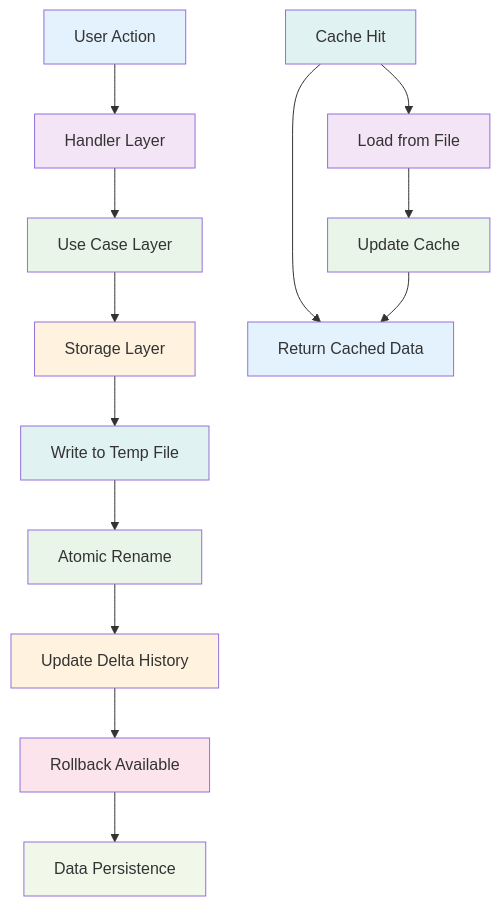
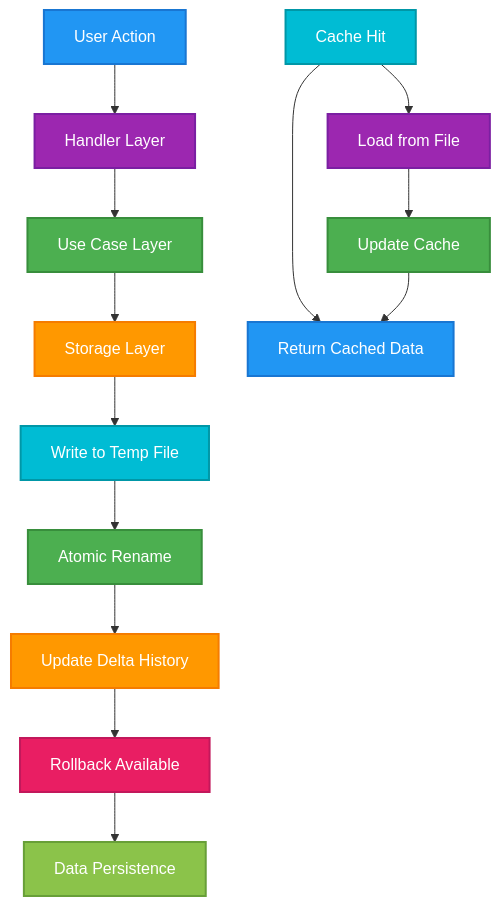
One commit to eannchen/leetsolv changed the second of 8 diagrams in README.md. Above: the diagram before and after it, drawn with Mermaid. The commit also changed other lines of this file, not shown here.

Commit message:
docs: update README.md to improve flowchart styles with new color schemes for better visual clarity and consistency across sections

````diff
--- a/README.md
+++ b/README.md
@@ -115,30 +115,30 @@
 ```mermaid
 graph TD
     A["User Action"] --> B["Handler Layer"]
     B --> C["Use Case Layer"]
     C --> D["Storage Layer"]
     D --> G["Write to Temp File"]
     G --> H["Atomic Rename"]
     H --> I["Update Delta History"]
     I --> J["Rollback Available"]
     J --> K["Data Persistence"]
 
 
     L["Cache Hit"] --> M["Return Cached Data"] & N["Load from File"]
     N --> O["Update Cache"]
     O --> M
 
-    style A fill:#e3f2fd
-    style B fill:#f3e5f5
-    style C fill:#e8f5e8
-    style D fill:#fff3e0
-    style G fill:#e0f2f1
-    style H fill:#e8f5e8
-    style I fill:#fff3e0
-    style J fill:#fce4ec
-    style K fill:#f1f8e9
-    style L fill:#e0f2f1
-    style M fill:#e3f2fd
-    style N fill:#f3e5f5
-    style O fill:#e8f5e8
+    style A fill:#2196F3,stroke:#1976D2,stroke-width:2px,color:#ffffff
+    style B fill:#9C27B0,stroke:#7B1FA2,stroke-width:2px,color:#ffffff
+    style C fill:#4CAF50,stroke:#388E3C,stroke-width:2px,color:#ffffff
+    style D fill:#FF9800,stroke:#F57C00,stroke-width:2px,color:#ffffff
+    style G fill:#00BCD4,stroke:#0097A7,stroke-width:2px,color:#ffffff
+    style H fill:#4CAF50,stroke:#388E3C,stroke-width:2px,color:#ffffff
+    style I fill:#FF9800,stroke:#F57C00,stroke-width:2px,color:#ffffff
+    style J fill:#E91E63,stroke:#C2185B,stroke-width:2px,color:#ffffff
+    style K fill:#8BC34A,stroke:#689F38,stroke-width:2px,color:#ffffff
+    style L fill:#00BCD4,stroke:#0097A7,stroke-width:2px,color:#ffffff
+    style M fill:#2196F3,stroke:#1976D2,stroke-width:2px,color:#ffffff
+    style N fill:#9C27B0,stroke:#7B1FA2,stroke-width:2px,color:#ffffff
+    style O fill:#4CAF50,stroke:#388E3C,stroke-width:2px,color:#ffffff
 ```
````
